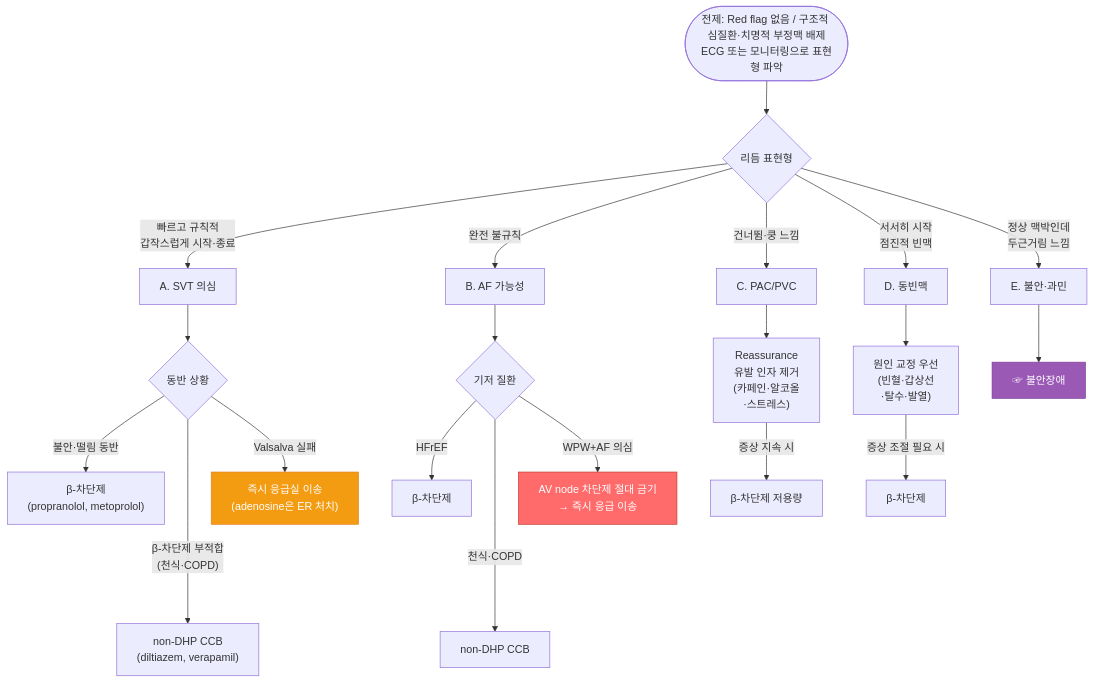
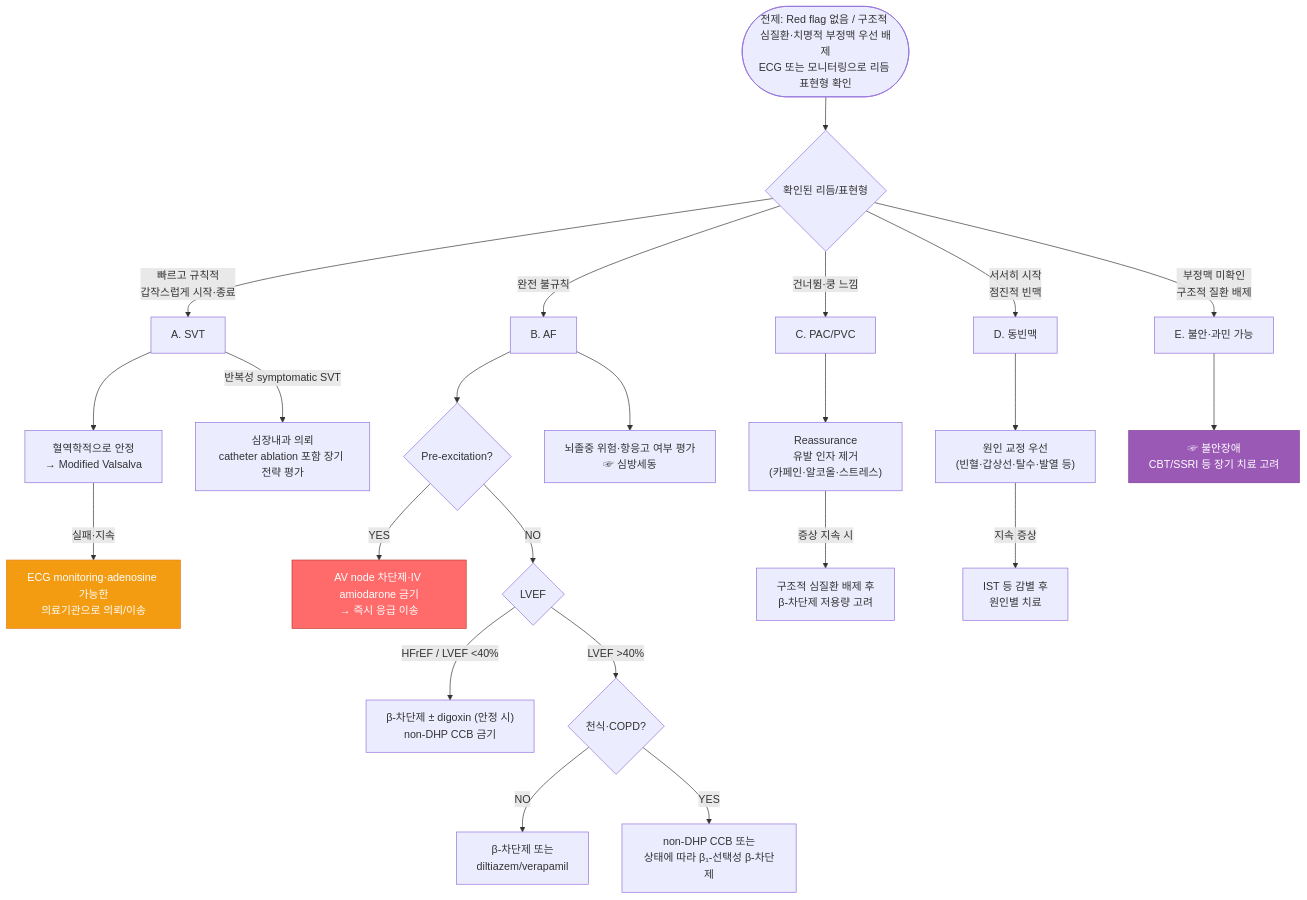
The diagram in 220_/009_-palpitation.md (familyoh77/familyoh77), drawn with Mermaid before and after one commit. The commit also changed other lines of this file, not shown here.

````diff
--- a/220_/009_-palpitation.md
+++ b/220_/009_-palpitation.md
@@ -194,32 +140,35 @@
 ```mermaid
 graph TD
-    Start(["전제: Red flag 없음 / 구조적 심질환·치명적 부정맥 배제<br/>ECG 또는 모니터링으로 표현형 파악"]) --> Rhythm{리듬 표현형}
+    Start(["전제: Red flag 없음 / 구조적 심질환·치명적 부정맥 우선 배제<br/>ECG 또는 모니터링으로 리듬 표현형 확인"]) --> Rhythm{확인된 리듬/표현형}
 
-    Rhythm -->|"빠르고 규칙적<br/>갑작스럽게 시작·종료"| SVT["A. SVT 의심"]
-    Rhythm -->|"완전 불규칙"| AF["B. AF 가능성"]
+    Rhythm -->|"빠르고 규칙적<br/>갑작스럽게 시작·종료"| SVT["A. SVT"]
+    Rhythm -->|"완전 불규칙"| AF["B. AF"]
     Rhythm -->|"건너뜀·쿵 느낌"| PVC["C. PAC/PVC"]
     Rhythm -->|"서서히 시작<br/>점진적 빈맥"| Sinus["D. 동빈맥"]
-    Rhythm -->|"정상 맥박인데<br/>두근거림 느낌"| Anxiety["E. 불안·과민"]
+    Rhythm -->|"부정맥 미확인<br/>구조적 질환 배제"| Anxiety["E. 불안·과민 가능"]
 
-    SVT --> SVT1{"동반 상황"}
-    SVT1 -->|"불안·떨림 동반"| BB1["β-차단제<br/>(propranolol, metoprolol)"]
-    SVT1 ---->|"β-차단제 부적합<br/>(천식·COPD)"| CCB1["non-DHP CCB<br/>(diltiazem, verapamil)"]
-    SVT1 -->|"Valsalva 실패"| ER1["즉시 응급실 이송<br/>(adenosine은 ER 처치)"]
+    SVT --> Vagal["혈역학적으로 안정<br/>→ Modified Valsalva"]
+    Vagal -->|"실패·지속"| ER1["ECG monitoring·adenosine 가능한<br/>의료기관으로 의뢰/이송"]
+    SVT -->|"반복성 symptomatic SVT"| SVTref["심장내과 의뢰<br/>catheter ablation 포함 장기 전략 평가"]
 
-    AF --> AF1{"기저 질환"}
-    AF1 -->|"HFrEF"| BB2["β-차단제"]
-    AF1 ---->|"천식·COPD"| CCB2["non-DHP CCB"]
-    AF1 -->|"WPW+AF 의심"| WPW["AV node 차단제 절대 금기<br/>→ 즉시 응급 이송"]
+    AF --> PreEx{"Pre-excitation?"}
+    PreEx -->|"YES"| WPW["AV node 차단제·IV amiodarone 금기<br/>→ 즉시 응급 이송"]
+    PreEx -->|"NO"| EF{"LVEF"}
+    EF -->|"HFrEF / LVEF <40%"| AFhf["β-차단제 ± digoxin (안정 시)<br/>non-DHP CCB 금기"]
+    EF -->|"LVEF >40%"| Resp{"천식·COPD?"}
+    Resp -->|"NO"| AFnormal["β-차단제 또는<br/>diltiazem/verapamil"]
+    Resp -->|"YES"| AFcopd["non-DHP CCB 또는<br/>상태에 따라 β₁-선택성 β-차단제"]
+    AF --> Stroke["뇌졸중 위험·항응고 여부 평가<br/>☞ 심방세동"]
 
-    PVC --> PVC1["Reassurance<br/>유발 인자 제거<br/>(카페인·알코올<br/>·스트레스)"]
-    PVC1 -->|"증상 지속 시"| BB3["β-차단제 저용량"]
+    PVC --> PVC1["Reassurance<br/>유발 인자 제거<br/>(카페인·알코올·스트레스)"]
+    PVC1 -->|"증상 지속 시"| BB3["구조적 심질환 배제 후<br/>β-차단제 저용량 고려"]
 
-    Sinus --> Sinus1["원인 교정 우선<br/>(빈혈·갑상선<br/>·탈수·발열)"]
-    Sinus1 -->|"증상 조절 필요 시"| BB4["β-차단제"]
+    Sinus --> Sinus1["원인 교정 우선<br/>(빈혈·갑상선·탈수·발열 등)"]
+    Sinus1 -->|"지속 증상"| Sinus2["IST 등 감별 후<br/>원인별 치료"]
 
-    Anxiety --> Anxiety1["☞ 불안장애"]
+    Anxiety --> Anxiety1["☞ 불안장애<br/>CBT/SSRI 등 장기 치료 고려"]
 
     style WPW fill:#ff6b6b,stroke:#c0392b,color:#fff
     style ER1 fill:#f39c12,stroke:#e67e22,color:#fff
     style Anxiety1 fill:#9b59b6,stroke:#7d3c98,color:#fff
 ```
````
